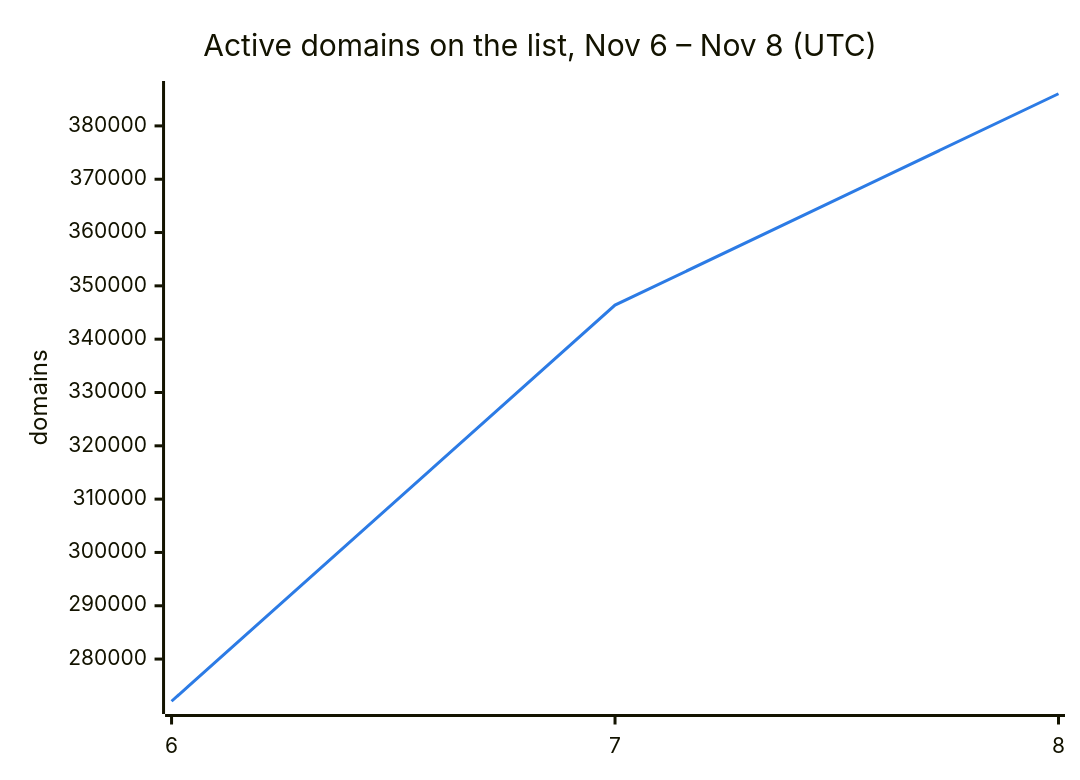
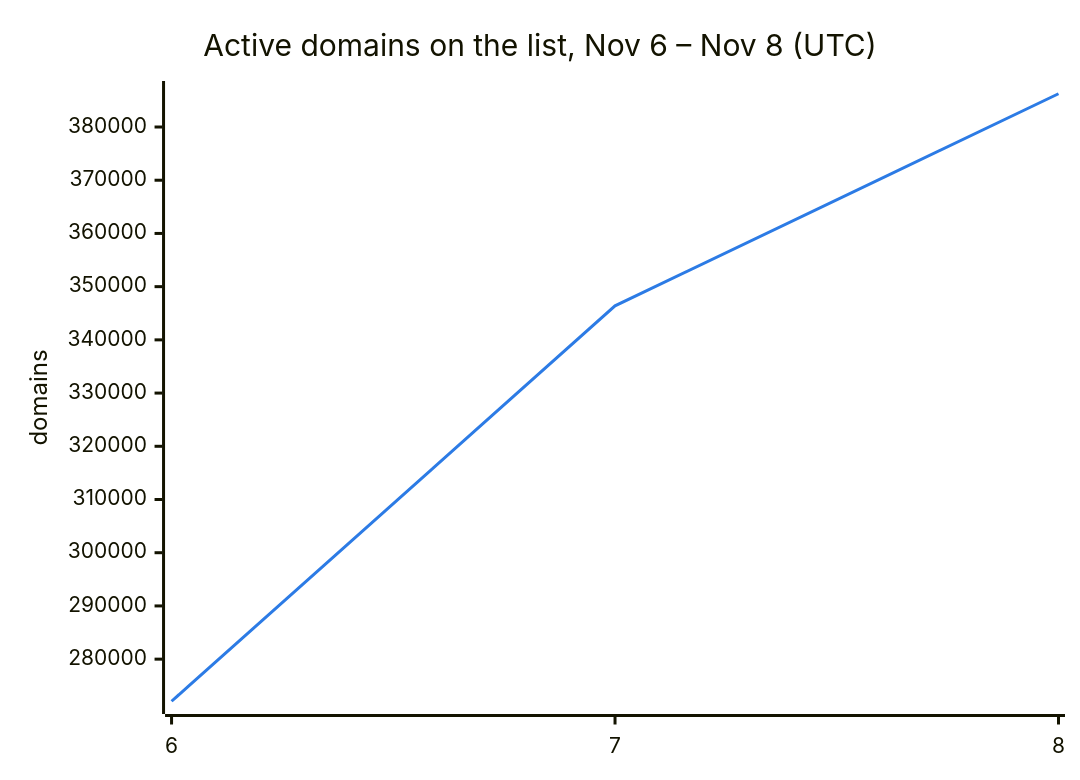
The second of 3 diagrams in README.md (DNSBunker/CTI), drawn with Mermaid before and after one commit. The commit also changed other lines of this file and 3 other files, not shown here.

````diff
--- a/README.md
+++ b/README.md
@@ -38,8 +38,8 @@
 ```mermaid
 %%{init: {"themeVariables": {"xyChart": {"plotColorPalette": "#2c7be5"}}}}%%
 xychart-beta
     title "Active domains on the list, Nov 6 – Nov 8 (UTC)"
     x-axis ["6", "7", "8"]
     y-axis "domains"
-    line [272088, 346388, 386033]
+    line [272088, 346388, 386250]
 ```
````
